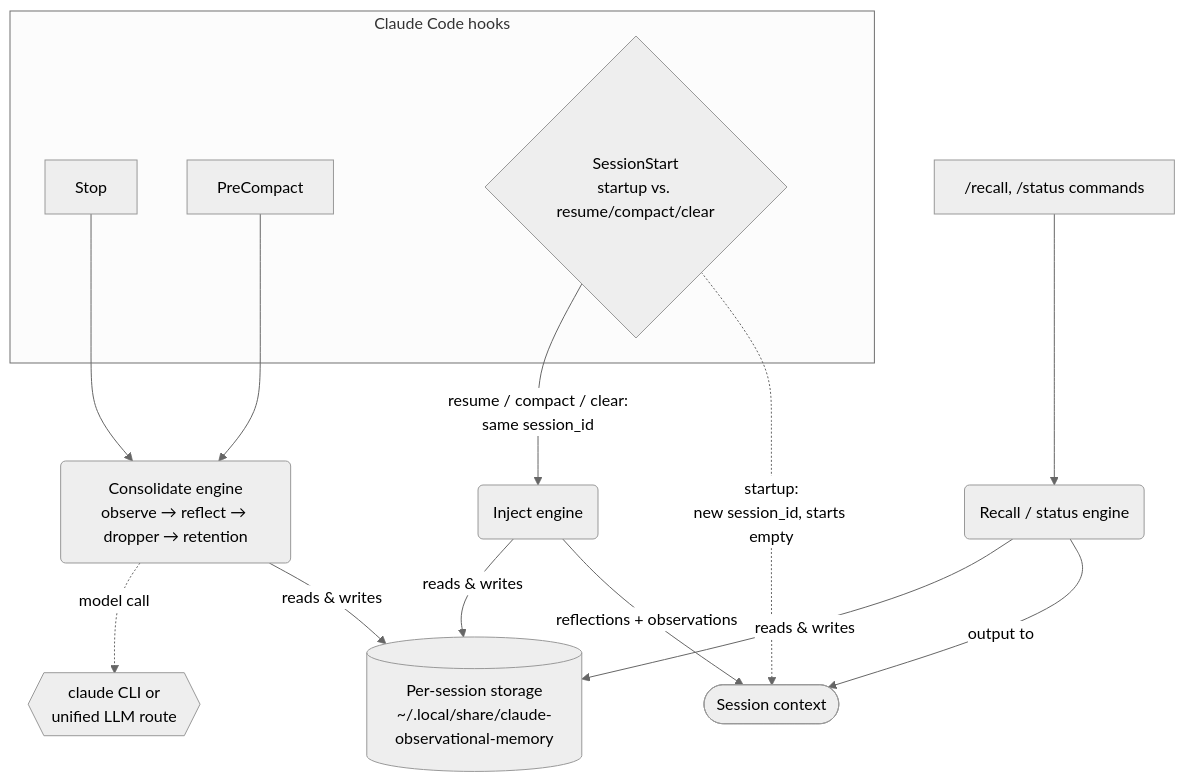
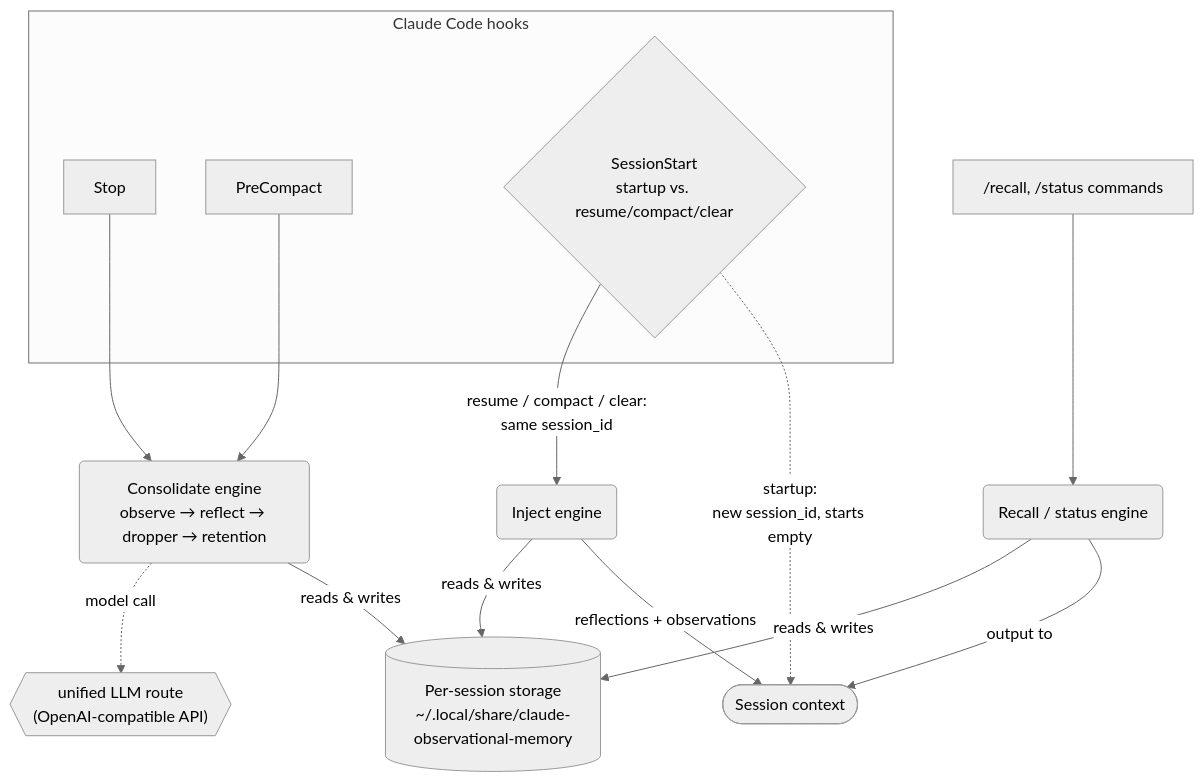
Before and after one commit to sovorn-c/claude-observational-memory: the diagram in README.md, drawn with Mermaid (neutral theme). The commit also changed other lines of this file and 3 other files, not shown here.

First line of the commit message:
Drop claude CLI route for observe/reflect, require llmApiKey

````diff
--- a/README.md
+++ b/README.md
@@ -47,31 +55,31 @@
 ```mermaid
 flowchart TD
     subgraph Hooks["Claude Code hooks"]
         Stop["Stop"]
         PreCompact["PreCompact"]
         SessionStart{"SessionStart<br/>startup vs. resume/compact/clear"}
     end
     Commands["/recall, /status commands"]
 
-    Model{{"claude CLI or<br/>unified LLM route"}}
+    Model{{"unified LLM route<br/>(OpenAI-compatible API)"}}
     Consolidate("Consolidate engine<br/>observe → reflect → dropper → retention")
     Session(["Session context"])
     Inject("Inject engine")
     Query("Recall / status engine")
 
     Storage[("Per-session storage<br/>~/.local/share/claude-observational-memory")]
 
     Stop --> Consolidate
     PreCompact --> Consolidate
     Commands --> Query
     SessionStart -->|"resume / compact / clear:<br/>same session_id"| Inject
     SessionStart -.->|"startup:<br/>new session_id, starts empty"| Session
 
     Consolidate -.->|"model call"| Model
     Consolidate -->|"reads & writes"| Storage
     Query -->|"reads & writes"| Storage
     Inject -->|"reads & writes"| Storage
 
     Inject -->|"reflections + observations"| Session
     Query -->|"output to"| Session
 ```
````
